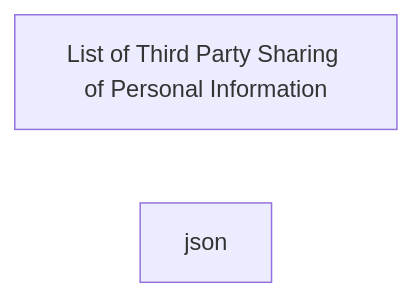
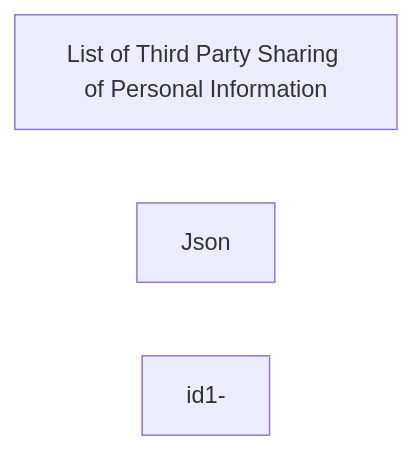
One commit to milaLIAN/iodraw-files changed the diagram in all/未命名-3.md. Above: the diagram before and after it, drawn with Mermaid.

Commit message:
2024-05-10 17:27:38 update

````diff
--- a/all/未命名-3.md
+++ b/all/未命名-3.md
@@ -1,5 +1,7 @@
 ```mermaid
 flowchart LR
 id1[List of Third Party Sharing of Personal Information]
-id2[json]
+id2[Json]
+
+id1-
 ```
````
